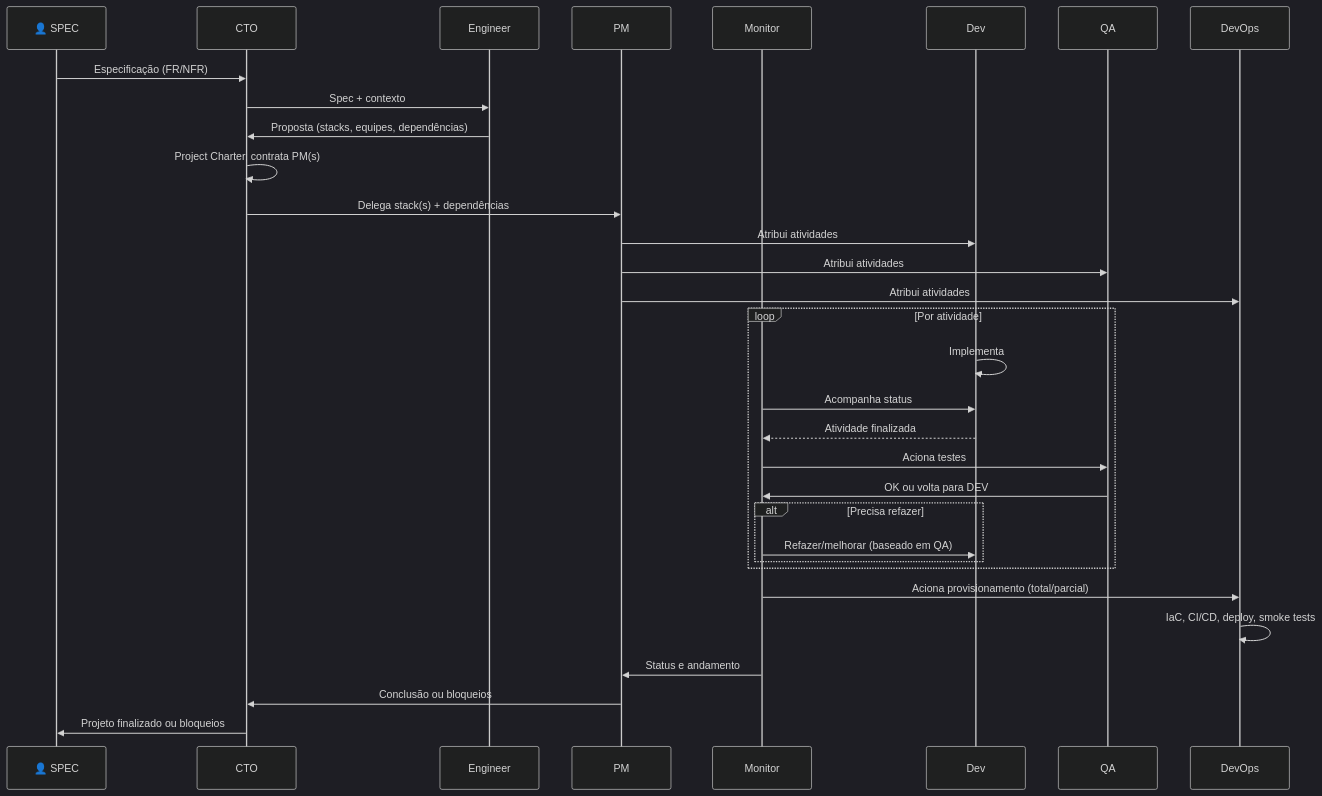
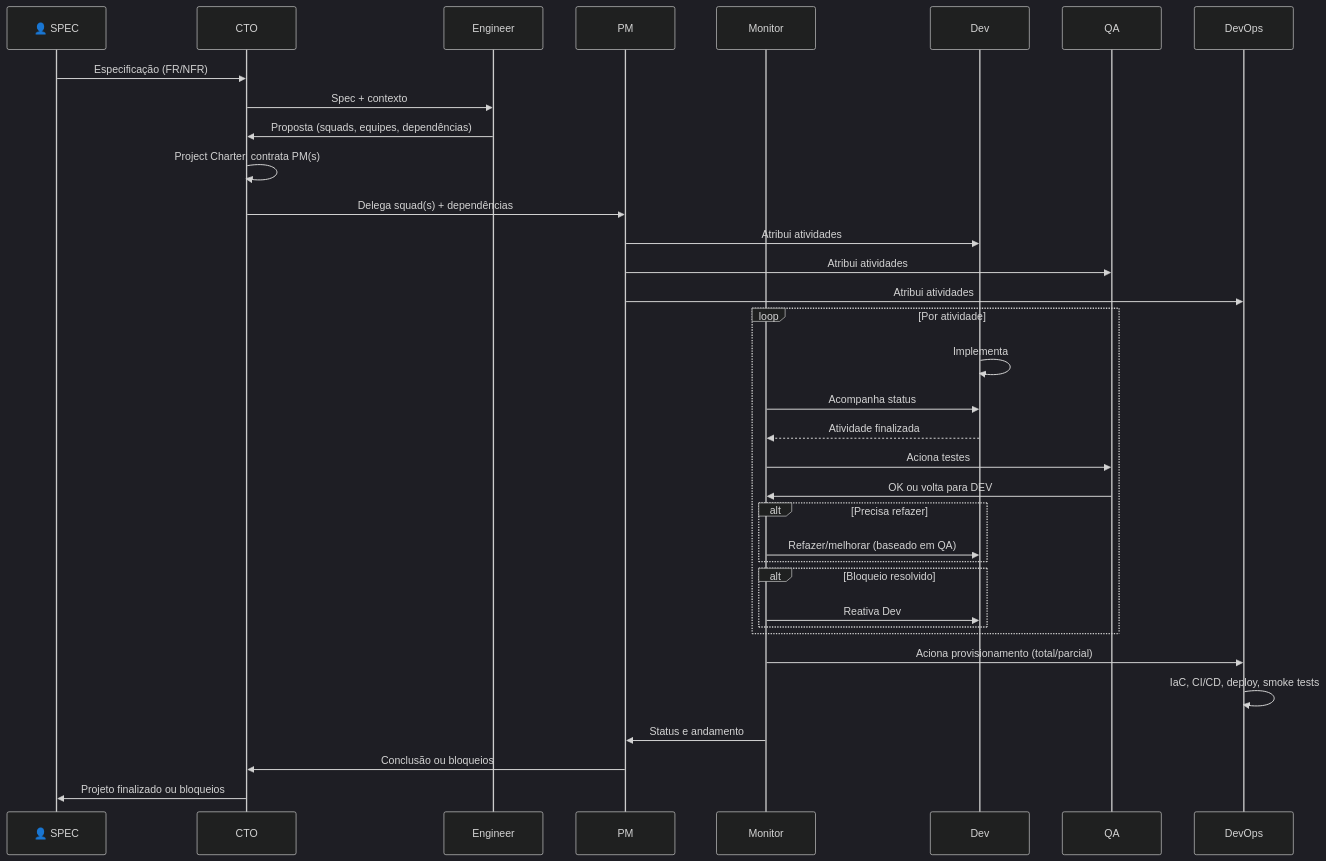
One commit to zentriztech/zentriz-genesis changed the third of 8 diagrams in ARCHITECTURE_DIAGRAM.md. Above: the diagram before and after it, drawn with Mermaid (dark theme). The commit also changed other lines of this file and 59 other files, not shown here.

First line of the commit message:
docs: nova arquitetura (duas fases, Monitor Loop, aceite) + stack→squad

````diff
--- a/ARCHITECTURE_DIAGRAM.md
+++ b/ARCHITECTURE_DIAGRAM.md
@@ -140,38 +140,41 @@
 ```mermaid
 sequenceDiagram
     participant SPEC as 👤 SPEC
     participant CTO as CTO
     participant ENG as Engineer
     participant PM as PM
     participant MON as Monitor
     participant DEV as Dev
     participant QA as QA
     participant DO as DevOps
 
     SPEC->>CTO: Especificação (FR/NFR)
     CTO->>ENG: Spec + contexto
-    ENG->>CTO: Proposta (stacks, equipes, dependências)
+    ENG->>CTO: Proposta (squads, equipes, dependências)
     CTO->>CTO: Project Charter, contrata PM(s)
-    CTO->>PM: Delega stack(s) + dependências
+    CTO->>PM: Delega squad(s) + dependências
 
     PM->>DEV: Atribui atividades
     PM->>QA: Atribui atividades
     PM->>DO: Atribui atividades
 
     loop Por atividade
         DEV->>DEV: Implementa
         MON->>DEV: Acompanha status
         DEV-->>MON: Atividade finalizada
         MON->>QA: Aciona testes
         QA->>MON: OK ou volta para DEV
         alt Precisa refazer
             MON->>DEV: Refazer/melhorar (baseado em QA)
         end
+        alt Bloqueio resolvido
+            MON->>DEV: Reativa Dev
+        end
     end
 
     MON->>DO: Aciona provisionamento (total/parcial)
     DO->>DO: IaC, CI/CD, deploy, smoke tests
     MON->>PM: Status e andamento
     PM->>CTO: Conclusão ou bloqueios
     CTO->>SPEC: Projeto finalizado ou bloqueios
 ```
````
